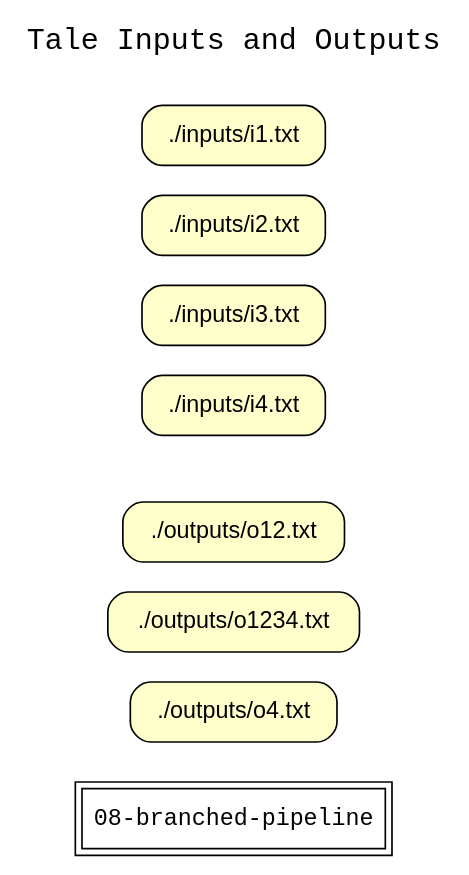
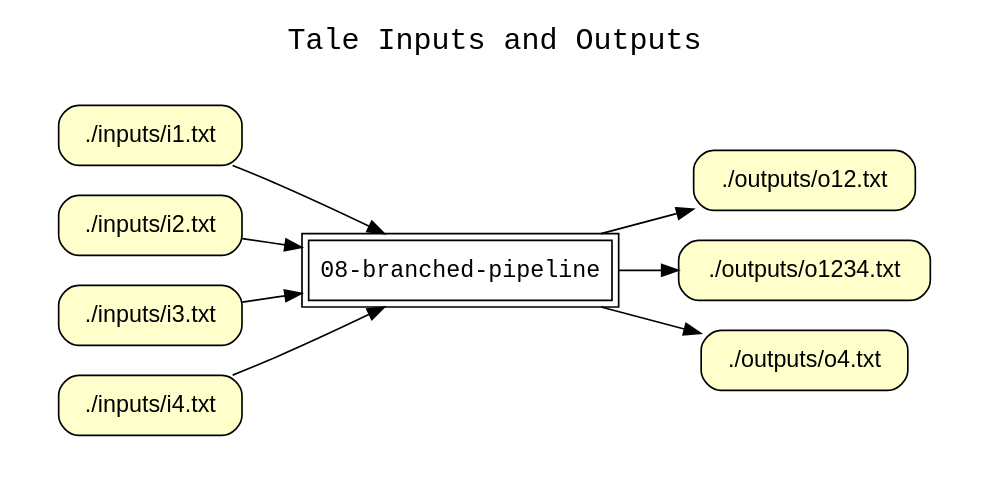
One commit to CIRSS/geist changed the diagram in examples/05-wt-run-examples/04-retrospective-graphs/outputs/GRAPH-4.gv. Above: the diagram before and after it, drawn with Graphviz. The commit also changed 4 other files, not shown here.

```diff
--- a/examples/05-wt-run-examples/04-retrospective-graphs/outputs/GRAPH-4.gv
+++ b/examples/05-wt-run-examples/04-retrospective-graphs/outputs/GRAPH-4.gv
@@ -1,32 +1,41 @@
 # Run ID: http://wholetale.org/tale2035/version_1021/run_1119#
 digraph wt_run {
 rankdir=LR
 
 # graph title
 fontname=Courier; fontsize=18; labelloc=t
 label="Tale Inputs and Outputs"
 
 # the tale run
 node[shape=box style="filled" fillcolor="#FFFFFF" peripheries=2 fontname=Courier]
 "08-branched-pipeline"
 
 # output files
 subgraph cluster_outputs { label=""; color=white; penwidth=0
 subgraph cluster_outputs_inner { label=""; color=white
 node[shape=box style="rounded,filled" fillcolor="#FFFFCC" peripheries=1 fontname=Helvetica]
 "http://wholetale.org/tale_2035/version_1021/run_1119#data_file_i29" [label="./outputs/o12.txt"]
 "http://wholetale.org/tale_2035/version_1021/run_1119#data_file_i30" [label="./outputs/o1234.txt"]
 "http://wholetale.org/tale_2035/version_1021/run_1119#data_file_i31" [label="./outputs/o4.txt"]
 }}
+"08-branched-pipeline" -> "http://wholetale.org/tale_2035/version_1021/run_1119#data_file_i29"
+"08-branched-pipeline" -> "http://wholetale.org/tale_2035/version_1021/run_1119#data_file_i30"
+"08-branched-pipeline" -> "http://wholetale.org/tale_2035/version_1021/run_1119#data_file_i31"
+
 
 # input files
 subgraph cluster_inputs { label=""; color=white; penwidth=0
 subgraph cluster_inputs_inner { label=""; color=white
 node[shape=box style="rounded,filled" fillcolor="#FFFFCC" peripheries=1 fontname=Helvetica]
 "http://wholetale.org/tale_2035/version_1021/run_1119#data_file_i23" [label="./inputs/i1.txt"]
 "http://wholetale.org/tale_2035/version_1021/run_1119#data_file_i24" [label="./inputs/i2.txt"]
 "http://wholetale.org/tale_2035/version_1021/run_1119#data_file_i26" [label="./inputs/i3.txt"]
 "http://wholetale.org/tale_2035/version_1021/run_1119#data_file_i28" [label="./inputs/i4.txt"]
 }}
+"http://wholetale.org/tale_2035/version_1021/run_1119#data_file_i23" -> "08-branched-pipeline"
+"http://wholetale.org/tale_2035/version_1021/run_1119#data_file_i24" -> "08-branched-pipeline"
+"http://wholetale.org/tale_2035/version_1021/run_1119#data_file_i26" -> "08-branched-pipeline"
+"http://wholetale.org/tale_2035/version_1021/run_1119#data_file_i28" -> "08-branched-pipeline"
+
 
 }
```
